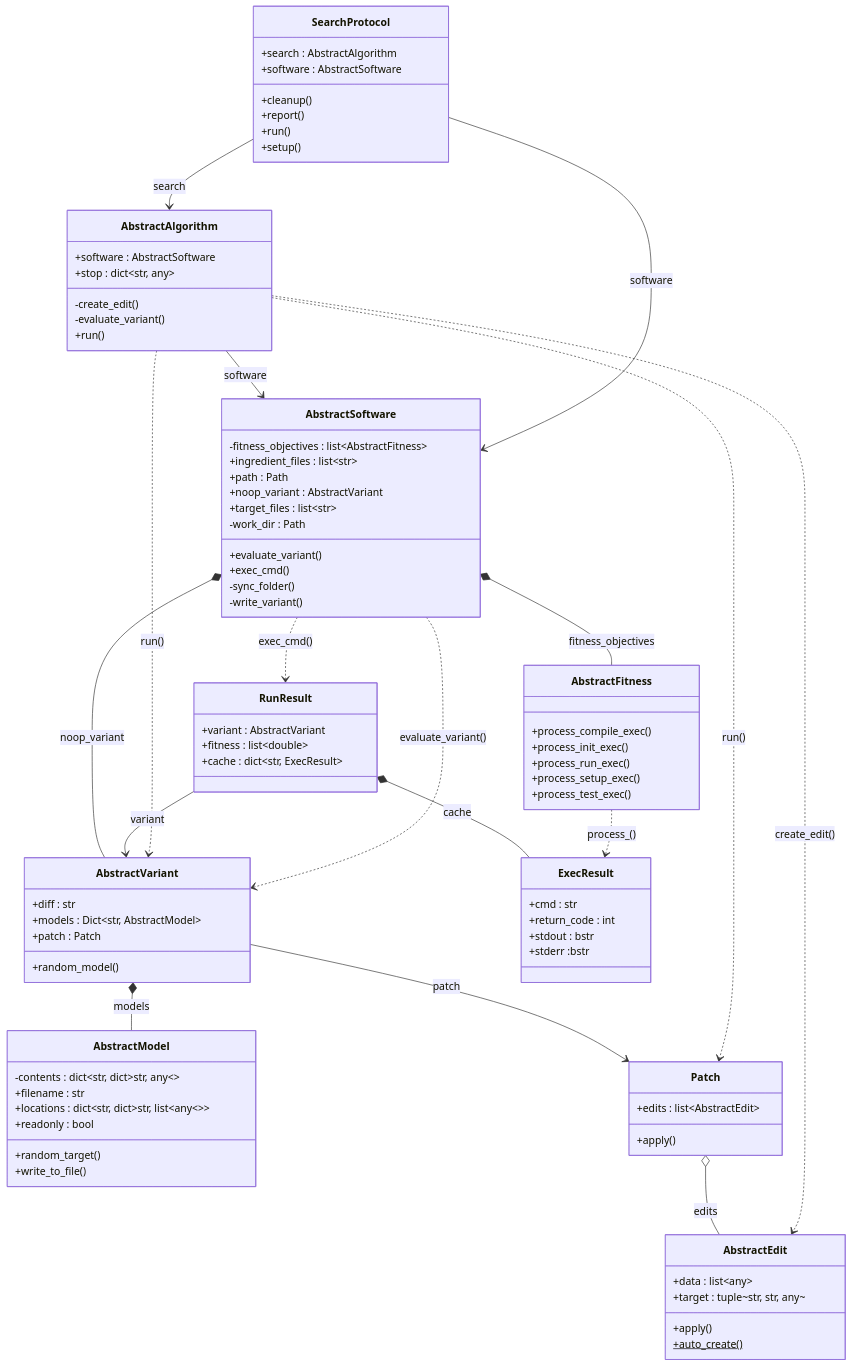
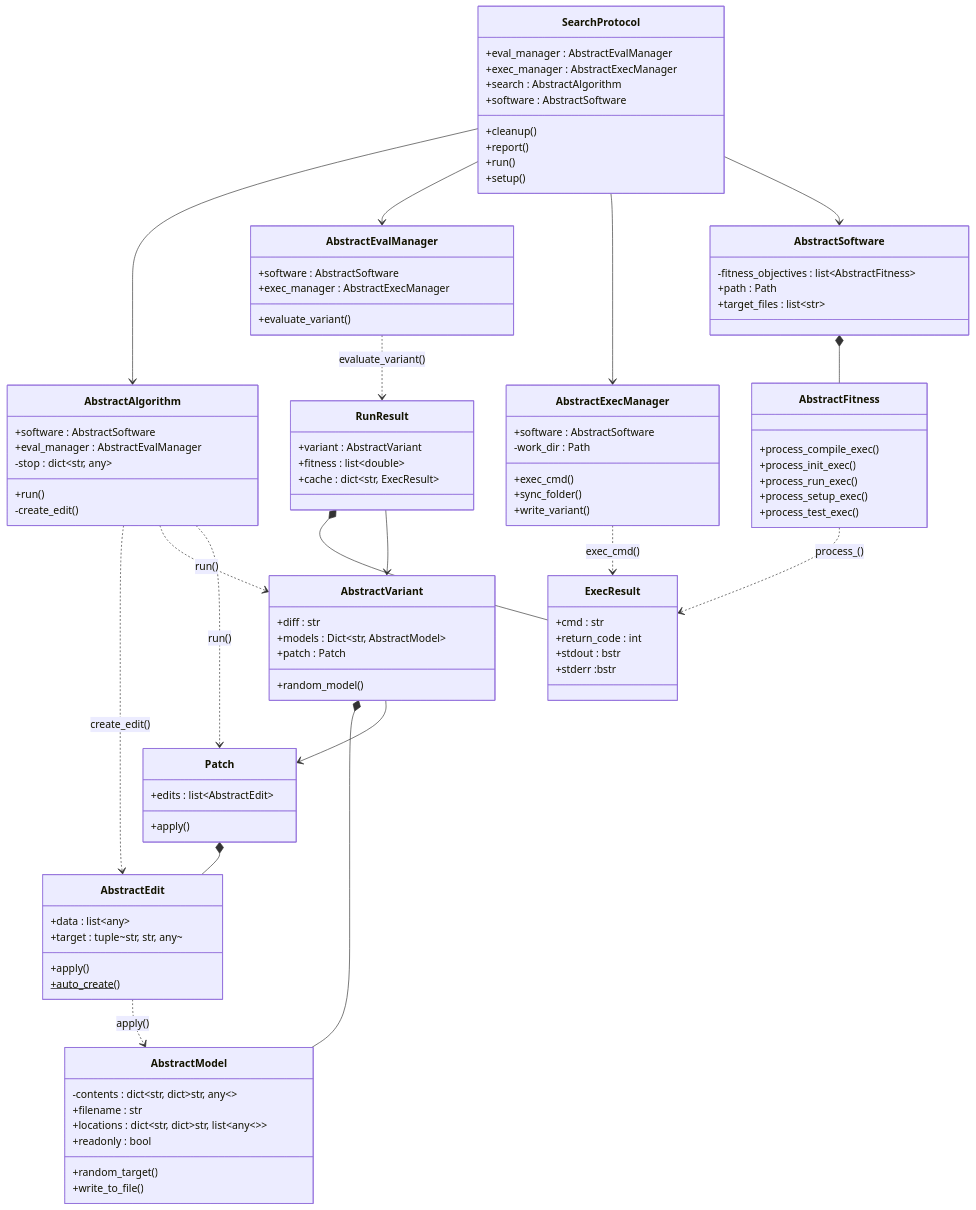
Before and after one commit to bloa/magpie: the first of 2 diagrams in docs/reference/architecture.md, drawn with Mermaid. The commit also changed other lines of this file, not shown here.

Commit message:
update simplified architecture doc

````diff
--- a/docs/reference/architecture.md
+++ b/docs/reference/architecture.md
@@ -4,10 +4,10 @@
 classDiagram
     class AbstractAlgorithm {
         +software : AbstractSoftware
-        +stop : dict~str, any~
+        +eval_manager : AbstractEvalManager
+        -stop : dict~str, any~
+        +run()
         -create_edit()
-        -evaluate_variant()
-        +run()
     }
 
     class AbstractEdit {
@@ -15,6 +15,20 @@
         +target : tuple~str, str, any~
         +apply()
         +auto_create()$
+    }
+
+    class AbstractEvalManager {
+        +software : AbstractSoftware
+        +exec_manager : AbstractExecManager
+        +evaluate_variant()
+    }
+
+    class AbstractExecManager {
+        +software : AbstractSoftware
+        +exec_cmd()
+        +sync_folder()
+        -work_dir : Path
+        +write_variant()
     }
 
     class AbstractFitness {
@@ -36,15 +50,8 @@
 
     class AbstractSoftware {
         -fitness_objectives : list~AbstractFitness~
-        +ingredient_files : list~str~
         +path : Path
-        +noop_variant : AbstractVariant
         +target_files : list~str~
-        -work_dir : Path
-        +evaluate_variant()
-        +exec_cmd()
-        -sync_folder()
-        -write_variant()
     }
 
     class AbstractVariant {
@@ -73,6 +80,8 @@
     }
 
     class SearchProtocol {
+        +eval_manager : AbstractEvalManager
+        +exec_manager : AbstractExecManager
         +search : AbstractAlgorithm
         +software : AbstractSoftware
         +cleanup()
@@ -81,29 +90,36 @@
         +setup()
     }
 
-    %% compositions
-    AbstractSoftware *-- AbstractFitness : fitness_objectives
-    AbstractSoftware *-- AbstractVariant : noop_variant
-    AbstractVariant *-- AbstractModel : models
-    RunResult *-- ExecResult : cache
+    %% inheritance <|--
 
-    %% aggregations
-    Patch o-- AbstractEdit : edits
+    %% compositions *--
+    AbstractSoftware *-- AbstractFitness
+    AbstractVariant *-- AbstractModel
+    Patch *-- AbstractEdit
+    RunResult *-- ExecResult
 
-    %% associations
-    AbstractAlgorithm --> AbstractSoftware : software
-    AbstractVariant --> Patch : patch
-    RunResult --> AbstractVariant : variant
-    SearchProtocol --> AbstractAlgorithm : search
-    SearchProtocol --> AbstractSoftware : software
+    %% aggregations o--
 
-    %% links
+    %% associations -->
+    AbstractVariant --> Patch
+    RunResult --> AbstractVariant
+    SearchProtocol --> AbstractAlgorithm
+    SearchProtocol --> AbstractEvalManager
+    SearchProtocol --> AbstractExecManager
+    SearchProtocol --> AbstractSoftware
 
-    %% dependencies
+    %% links -- / ..
+
+    %% dependencies ..>
     AbstractAlgorithm ..> AbstractEdit : create_edit()
     AbstractAlgorithm ..> AbstractVariant : run()
     AbstractAlgorithm ..> Patch : run()
+    %%AbstractEvalManager ..> AbstractVariant : evaluate_variant()
+    AbstractEvalManager ..> RunResult : evaluate_variant()
+    AbstractExecManager ..> ExecResult : exec_cmd()
+    %%SearchProtocol ..> AbstractAlgorithm : run()
+    AbstractEdit ..> AbstractModel : apply()
     AbstractFitness ..> ExecResult : process_()
-    AbstractSoftware ..> AbstractVariant : evaluate_variant()
-    AbstractSoftware ..> RunResult : exec_cmd()
+
+    %% realization ..|>
 ```
````
